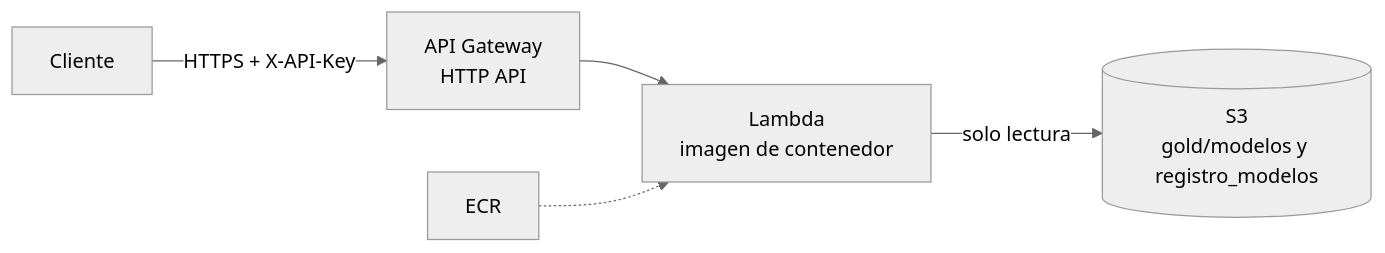
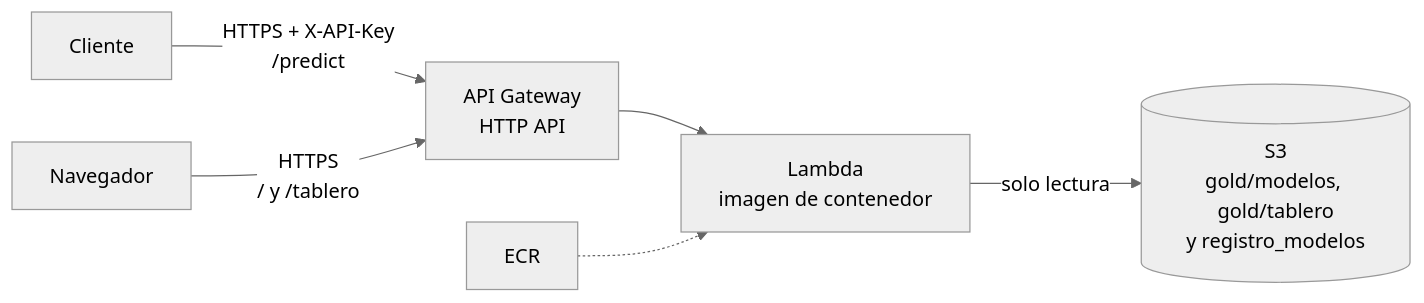
Before and after one commit to stufonn-cell/accidentes_project_for_data_science: the second of 2 diagrams in docs/api.md, drawn with Mermaid (neutral theme). The commit also changed other lines of this file and 22 other files, not shown here.

````diff
--- a/docs/api.md
+++ b/docs/api.md
@@ -285,7 +307,8 @@
 ```mermaid
 flowchart LR
-    cliente[Cliente] -->|HTTPS + X-API-Key| apigw[API Gateway<br>HTTP API]
+    cliente[Cliente] -->|HTTPS + X-API-Key<br>/predict| apigw[API Gateway<br>HTTP API]
+    navegador[Navegador] -->|HTTPS<br>/ y /tablero| apigw
     apigw --> lambda[Lambda<br>imagen de contenedor]
-    lambda -->|solo lectura| s3[(S3<br>gold/modelos y registro_modelos)]
+    lambda -->|solo lectura| s3[(S3<br>gold/modelos, gold/tablero<br>y registro_modelos)]
     ecr[ECR] -.-> lambda
 ```
````
